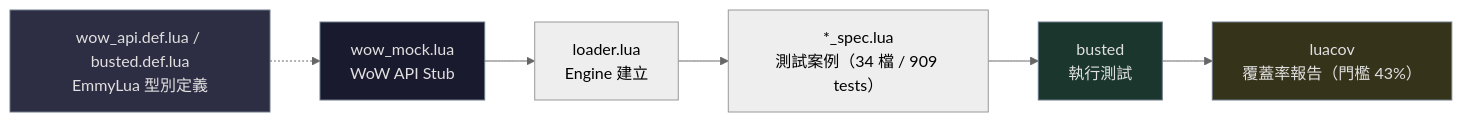
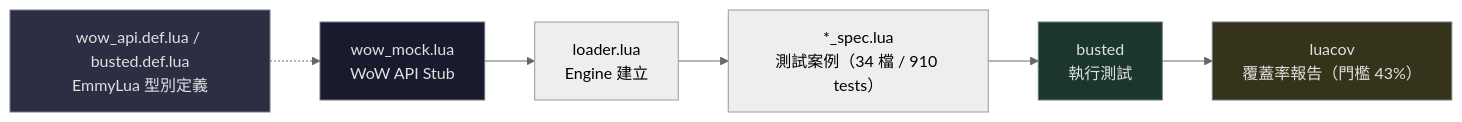
One commit to Neal75418/lunar-ui changed the second of 2 diagrams in CLAUDE.md. Above: the diagram before and after it, drawn with Mermaid (neutral theme). The commit also changed 2 other files, not shown here.

Commit message:
docs: 文件更新 — Arena Frames + 測試數量 910
- README: UnitFrames 加入 Arena (arena1-5)、badge 910 tests
- CLAUDE.md: 測試數量 909 → 910
- CHANGELOG v1.3.0: Added 區塊加入 Arena Frames

````diff
--- a/CLAUDE.md
+++ b/CLAUDE.md
@@ -170,13 +170,13 @@
 ```mermaid
 graph LR
     TypeDef["wow_api.def.lua / busted.def.lua<br/>EmmyLua 型別定義"] -.-> Mock
     Mock["wow_mock.lua<br/>WoW API Stub"] --> Loader["loader.lua<br/>Engine 建立"]
-    Loader --> Spec["*_spec.lua<br/>測試案例（34 檔 / 909 tests）"]
+    Loader --> Spec["*_spec.lua<br/>測試案例（34 檔 / 910 tests）"]
     Spec --> Busted["busted<br/>執行測試"]
     Busted --> Cov["luacov<br/>覆蓋率報告（門檻 43%）"]
 
     style TypeDef fill:#2d2d44,stroke:#6c7a89,color:#e0e0e0
     style Mock fill:#1a1a2e,stroke:#6c7a89,color:#e0e0e0
     style Busted fill:#1b362d,stroke:#6c7a89,color:#e0e0e0
     style Cov fill:#36331b,stroke:#6c7a89,color:#e0e0e0
 ```
````
